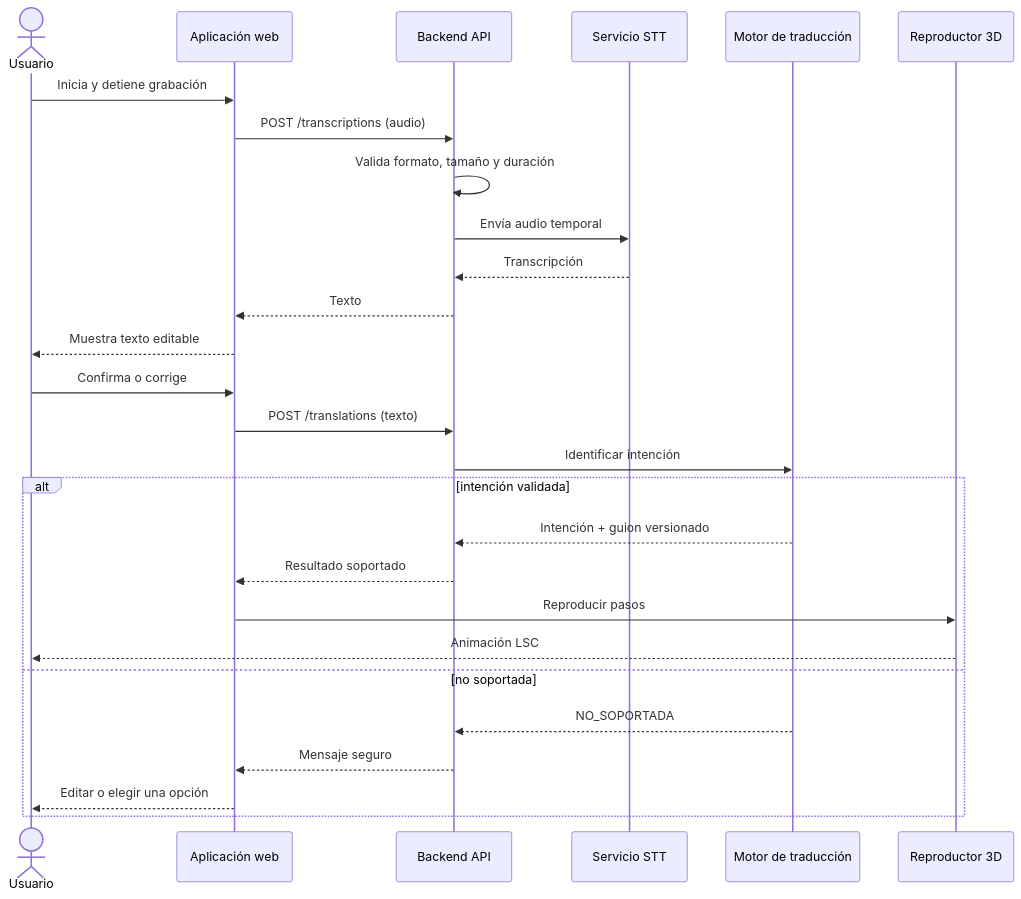
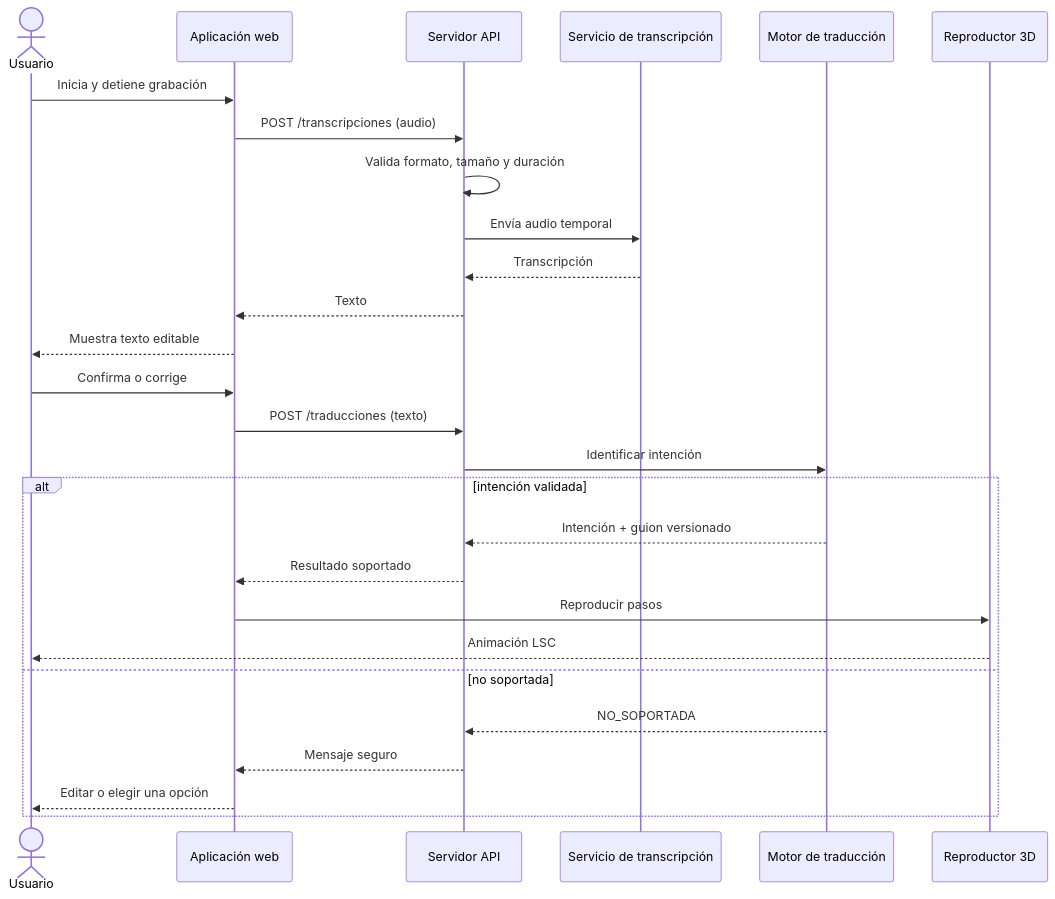
The first of 3 diagrams in docs/06-arquitectura/diagramas-secuencia.md (JhonatanC4STRO/NexoLSC), drawn with Mermaid before and after one commit. The commit also changed other lines of this file and 41 other files, not shown here.

````diff
--- a/docs/06-arquitectura/diagramas-secuencia.md
+++ b/docs/06-arquitectura/diagramas-secuencia.md
@@ -8,30 +8,30 @@
 ```mermaid
 sequenceDiagram
     actor U as Usuario
     participant W as Aplicación web
-    participant A as Backend API
-    participant S as Servicio STT
+    participant A as Servidor API
+    participant S as Servicio de transcripción
     participant T as Motor de traducción
     participant P as Reproductor 3D
 
     U->>W: Inicia y detiene grabación
-    W->>A: POST /transcriptions (audio)
+    W->>A: POST /transcripciones (audio)
     A->>A: Valida formato, tamaño y duración
     A->>S: Envía audio temporal
     S-->>A: Transcripción
     A-->>W: Texto
     W-->>U: Muestra texto editable
     U->>W: Confirma o corrige
-    W->>A: POST /translations (texto)
+    W->>A: POST /traducciones (texto)
     A->>T: Identificar intención
     alt intención validada
         T-->>A: Intención + guion versionado
         A-->>W: Resultado soportado
         W->>P: Reproducir pasos
         P-->>U: Animación LSC
     else no soportada
         T-->>A: NO_SOPORTADA
         A-->>W: Mensaje seguro
         W-->>U: Editar o elegir una opción
     end
 ```
````
